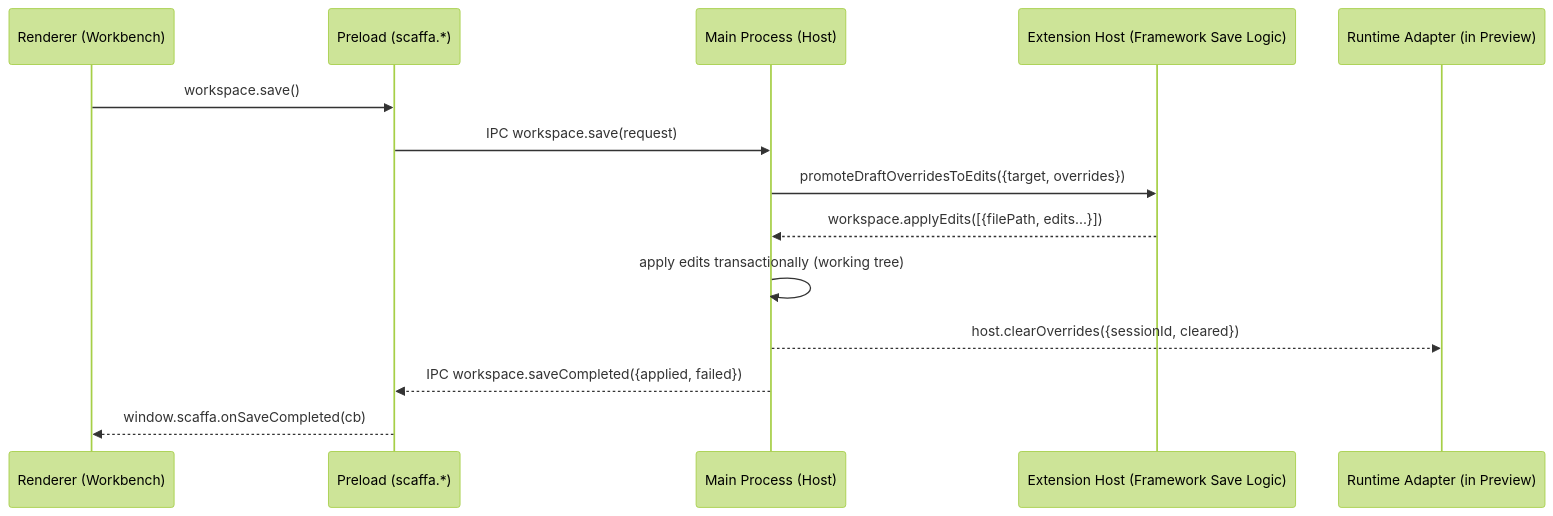
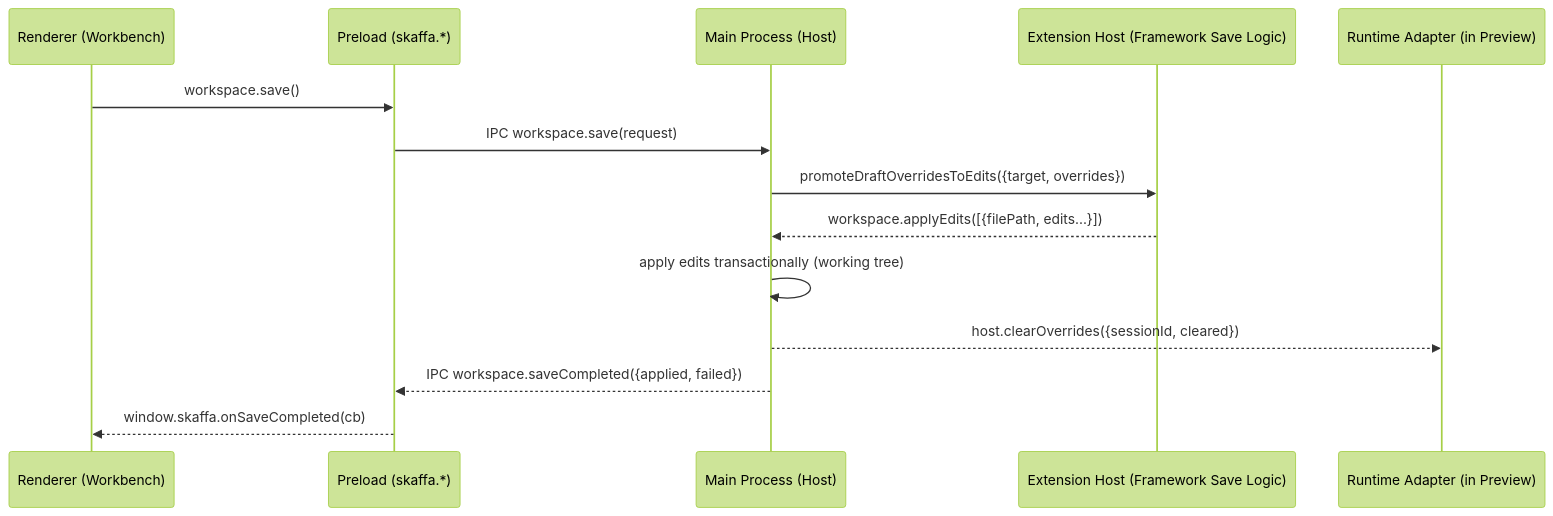
The fifth of 7 diagrams in docs/skaffa_ipc_boundaries_and_sequences.md (majtom2grndctrl/scaffa), drawn with Mermaid (forest theme) before and after one commit. The commit also changed other lines of this file and 171 other files, not shown here.

Commit message:
Scaffa -> Skaffa

````diff
--- a/docs/skaffa_ipc_boundaries_and_sequences.md
+++ b/docs/skaffa_ipc_boundaries_and_sequences.md
@@ -125,17 +125,17 @@
 ```mermaid
 sequenceDiagram
   participant UI as Renderer (Workbench)
-  participant PL as Preload (scaffa.*)
+  participant PL as Preload (skaffa.*)
   participant Main as Main Process (Host)
   participant Ext as Extension Host (Framework Save Logic)
   participant RT as Runtime Adapter (in Preview)
 
   UI->>PL: workspace.save()
   PL->>Main: IPC workspace.save(request)
   Main->>Ext: promoteDraftOverridesToEdits({target, overrides})
   Ext-->>Main: workspace.applyEdits([{filePath, edits...}])
   Main->>Main: apply edits transactionally (working tree)
   Main-->>RT: host.clearOverrides({sessionId, cleared})
   Main-->>PL: IPC workspace.saveCompleted({applied, failed})
-  PL-->>UI: window.scaffa.onSaveCompleted(cb)
+  PL-->>UI: window.skaffa.onSaveCompleted(cb)
 ```
````
